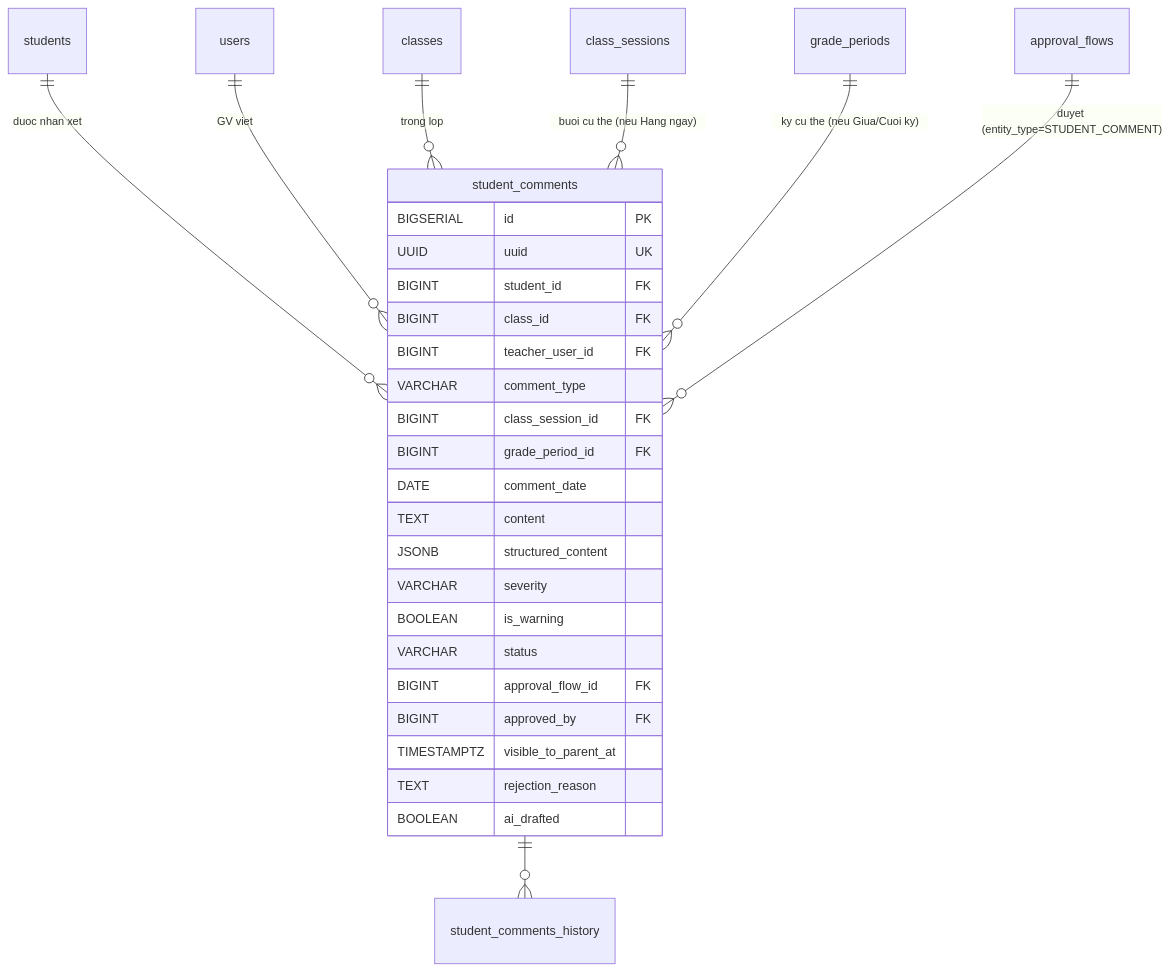
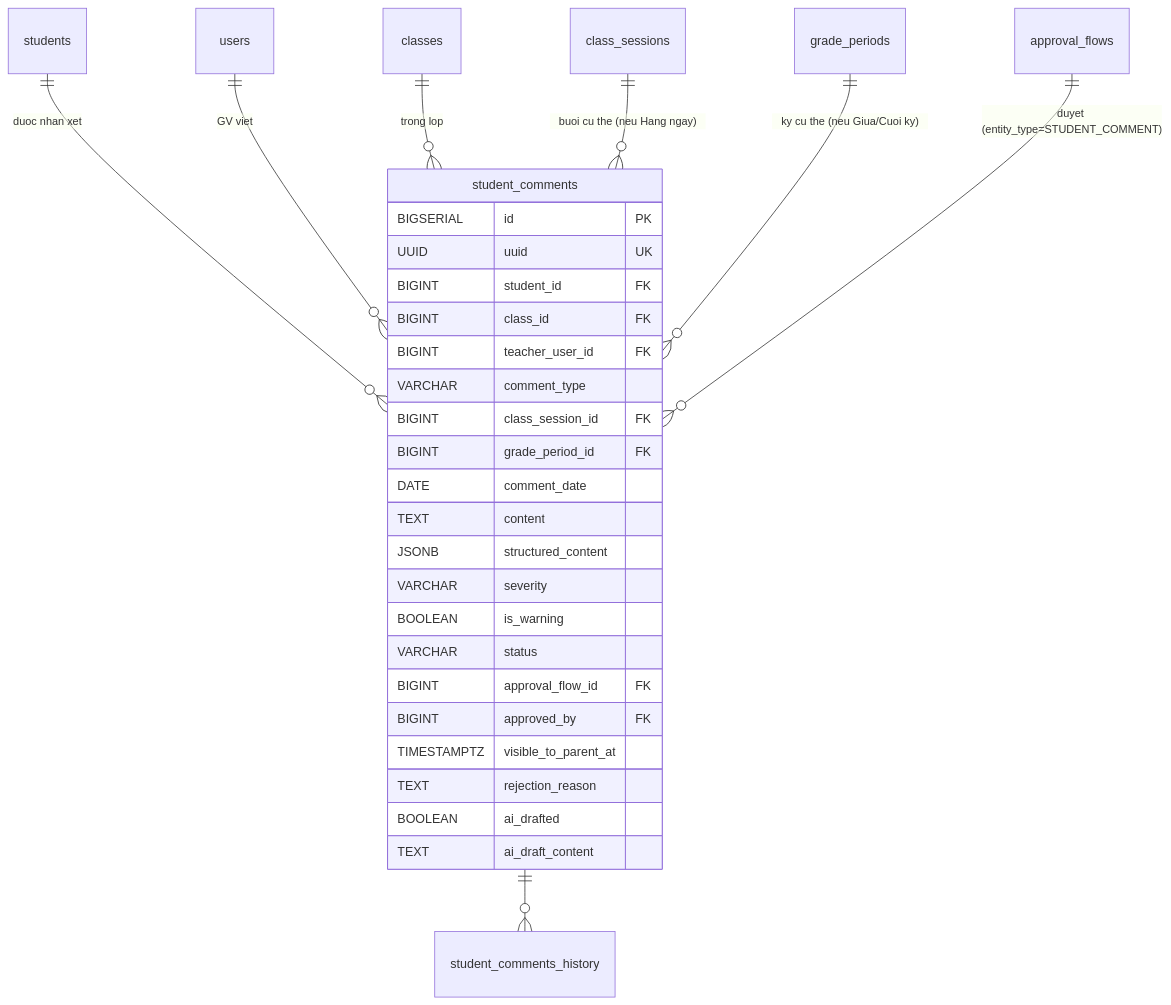
The diagram in docs/diagrams/erd/ERD-Nhom5D-NhanXet.mmd (langtuananh2424/pps-education), drawn with Mermaid before and after one commit. The commit also changed 10 other files, not shown here.

```diff
--- a/docs/diagrams/erd/ERD-Nhom5D-NhanXet.mmd
+++ b/docs/diagrams/erd/ERD-Nhom5D-NhanXet.mmd
@@ -1,31 +1,32 @@
 erDiagram
     students ||--o{ student_comments : "duoc nhan xet"
     users ||--o{ student_comments : "GV viet"
     classes ||--o{ student_comments : "trong lop"
     class_sessions ||--o{ student_comments : "buoi cu the (neu Hang ngay)"
     grade_periods ||--o{ student_comments : "ky cu the (neu Giua/Cuoi ky)"
 
     student_comments ||--o{ student_comments_history : ""
     approval_flows ||--o{ student_comments : "duyet (entity_type=STUDENT_COMMENT)"
 
     student_comments {
         BIGSERIAL id PK
         UUID uuid UK
         BIGINT student_id FK
         BIGINT class_id FK
         BIGINT teacher_user_id FK
         VARCHAR comment_type
         BIGINT class_session_id FK
         BIGINT grade_period_id FK
         DATE comment_date
         TEXT content
         JSONB structured_content
         VARCHAR severity
         BOOLEAN is_warning
         VARCHAR status
         BIGINT approval_flow_id FK
         BIGINT approved_by FK
         TIMESTAMPTZ visible_to_parent_at
         TEXT rejection_reason
         BOOLEAN ai_drafted
+        TEXT ai_draft_content
     }
```
